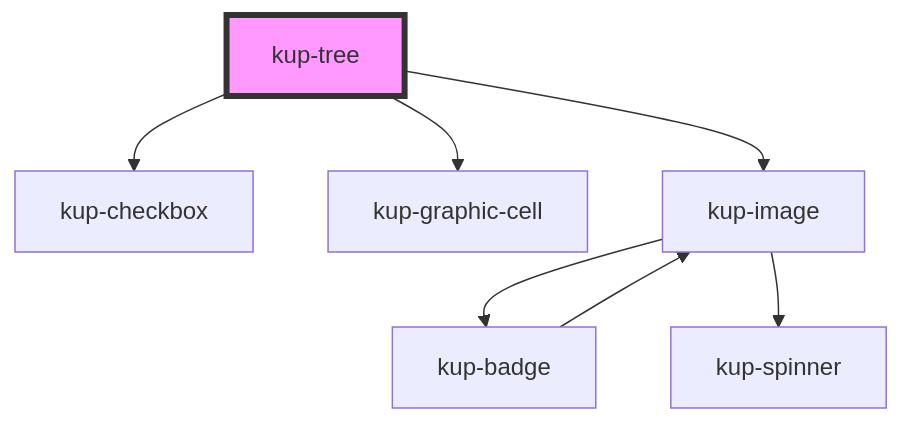
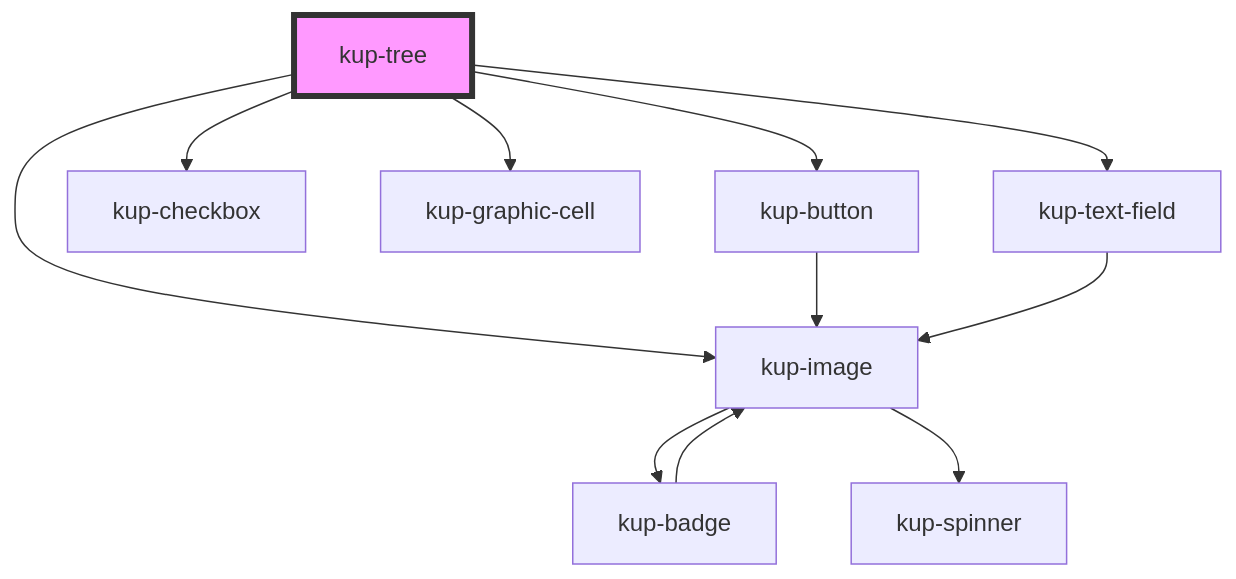
Before and after one commit to smeup/ketchup: the diagram in packages/ketchup/src/components/kup-tree/readme.md, drawn with Mermaid. The commit also changed other lines of this file and 2 other files, not shown here.

````diff
--- a/packages/ketchup/src/components/kup-tree/readme.md
+++ b/packages/ketchup/src/components/kup-tree/readme.md
@@ -101,10 +105,14 @@
 ```mermaid
 graph TD;
+  kup-tree --> kup-button
   kup-tree --> kup-checkbox
   kup-tree --> kup-graphic-cell
   kup-tree --> kup-image
+  kup-tree --> kup-text-field
+  kup-button --> kup-image
   kup-image --> kup-badge
   kup-image --> kup-spinner
   kup-badge --> kup-image
+  kup-text-field --> kup-image
   style kup-tree fill:#f9f,stroke:#333,stroke-width:4px
 ```
````
